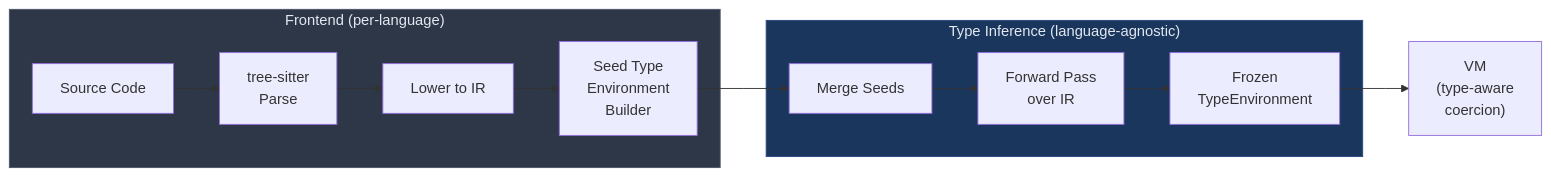
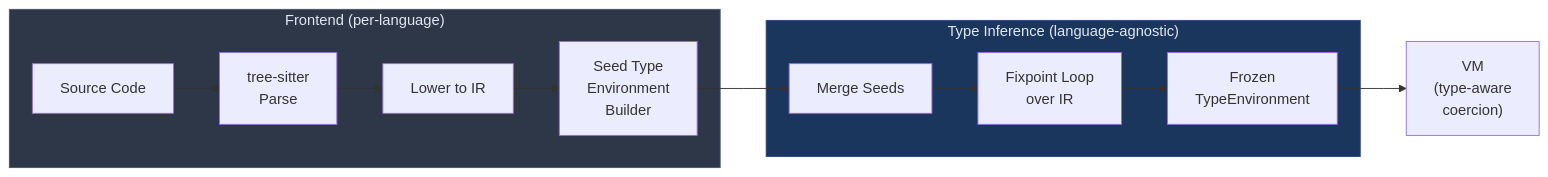
Before and after one commit to asengupta/avishek.net: the sixth of 8 diagrams in _posts/2026-03-01-designing-reddragon-multi-language-code-analysis.md, drawn with Mermaid. The commit also changed other lines of this file, not shown here.

````diff
--- a/_posts/2026-03-01-designing-reddragon-multi-language-code-analysis.md
+++ b/_posts/2026-03-01-designing-reddragon-multi-language-code-analysis.md
@@ -993,18 +993,18 @@
 ```mermaid
 %%{ init: { "flowchart": { "curve": "stepBefore" } } }%%
 flowchart LR
     subgraph Frontend ["Frontend (per-language)"]
         SRC["Source Code"] --> PARSE["tree-sitter<br/>Parse"]
         PARSE --> LOWER["Lower to IR"]
         LOWER --> SEED["Seed Type<br/>Environment<br/>Builder"]
     end
     subgraph Inference ["Type Inference (language-agnostic)"]
         SEED --> MERGE["Merge Seeds"]
-        MERGE --> WALK["Forward Pass<br/>over IR"]
+        MERGE --> WALK["Fixpoint Loop<br/>over IR"]
         WALK --> ENV["Frozen<br/>TypeEnvironment"]
     end
     ENV --> VM["VM<br/>(type-aware<br/>coercion)"]
 
     style Frontend fill:#2d3748,stroke:#4a5568,color:#e2e8f0
     style Inference fill:#1a365d,stroke:#2a4a7f,color:#e2e8f0
 ```
````
